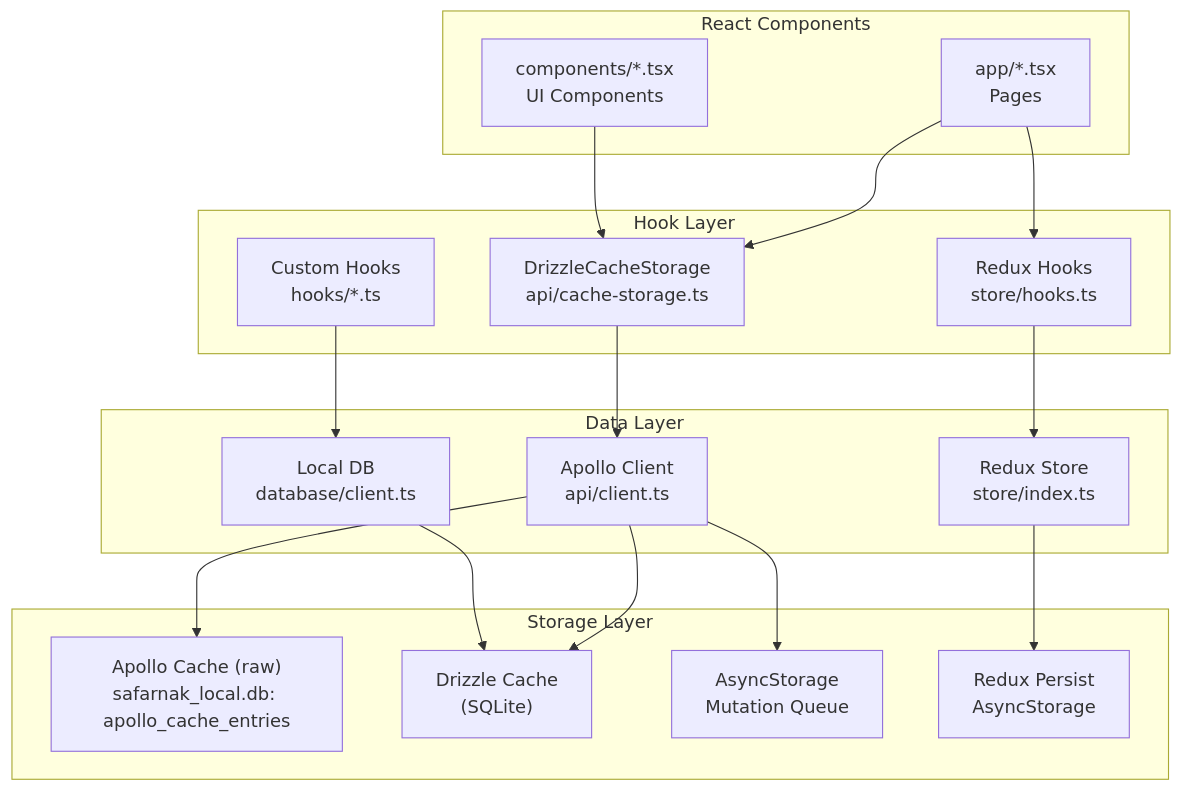
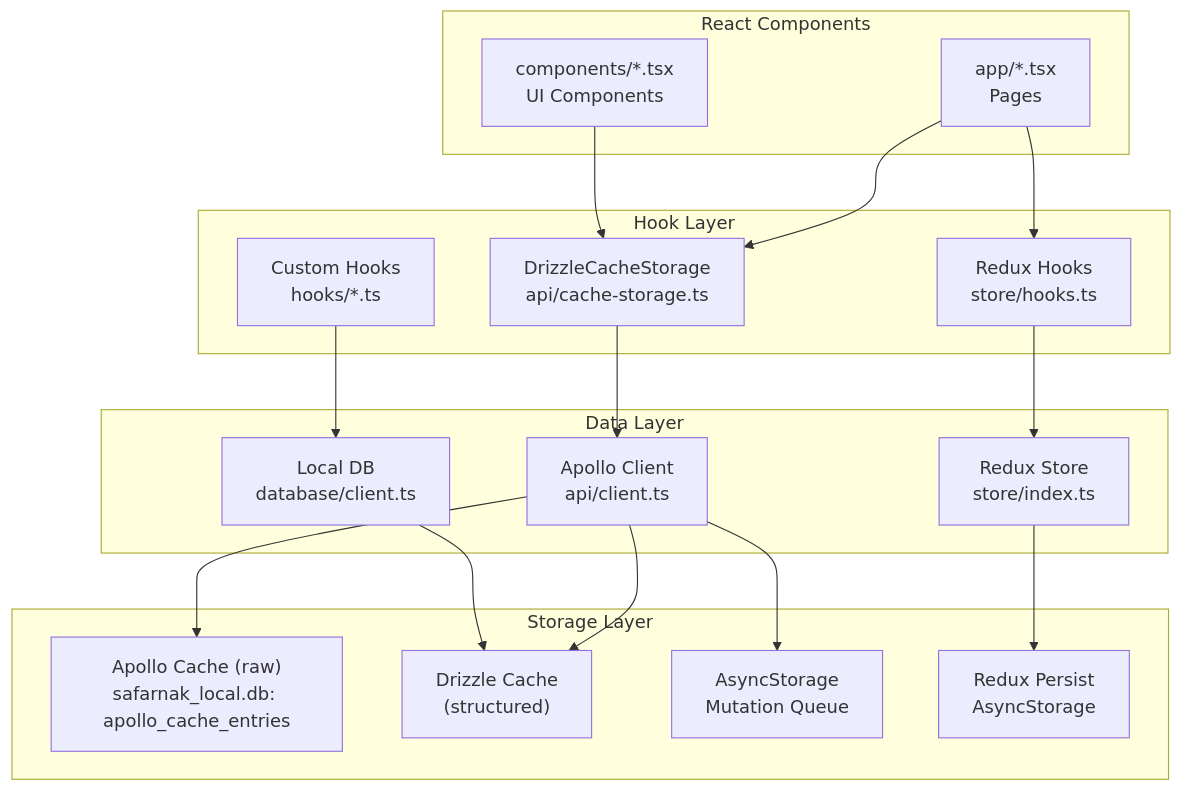
Before and after one commit to mehotkhan/safarnak.app: the second of 11 diagrams in README.md, drawn with Mermaid. The commit also changed other lines of this file and 8 other files, not shown here.

````diff
--- a/README.md
+++ b/README.md
@@ -121,38 +121,38 @@
 ```mermaid
 flowchart TB
   subgraph Component["React Components"]
     C1["app/*.tsx<br/>Pages"]
     C2["components/*.tsx<br/>UI Components"]
   end
 
   subgraph Hooks["Hook Layer"]
     H1["DrizzleCacheStorage<br/>api/cache-storage.ts"]
     H2["Custom Hooks<br/>hooks/*.ts"]
     H3["Redux Hooks<br/>store/hooks.ts"]
   end
 
   subgraph Data["Data Layer"]
     D1["Apollo Client<br/>api/client.ts"]
     D2["Redux Store<br/>store/index.ts"]
       D3["Local DB<br/>database/client.ts"]
   end
 
   subgraph Storage["Storage Layer"]
     S1["Apollo Cache (raw)<br/>safarnak_local.db: apollo_cache_entries"]
-    S2["Drizzle Cache<br/>(SQLite)"]
+    S2["Drizzle Cache<br/>(structured)"]
     S3["AsyncStorage<br/>Mutation Queue"]
     S4["Redux Persist<br/>AsyncStorage"]
   end
 
   C1 --> H1
   C2 --> H1
   C1 --> H3
   H1 --> D1
   H2 --> D3
   H3 --> D2
   D1 --> S1
   D1 --> S2
   D2 --> S4
   D3 --> S2
   D1 --> S3
 ```
````
